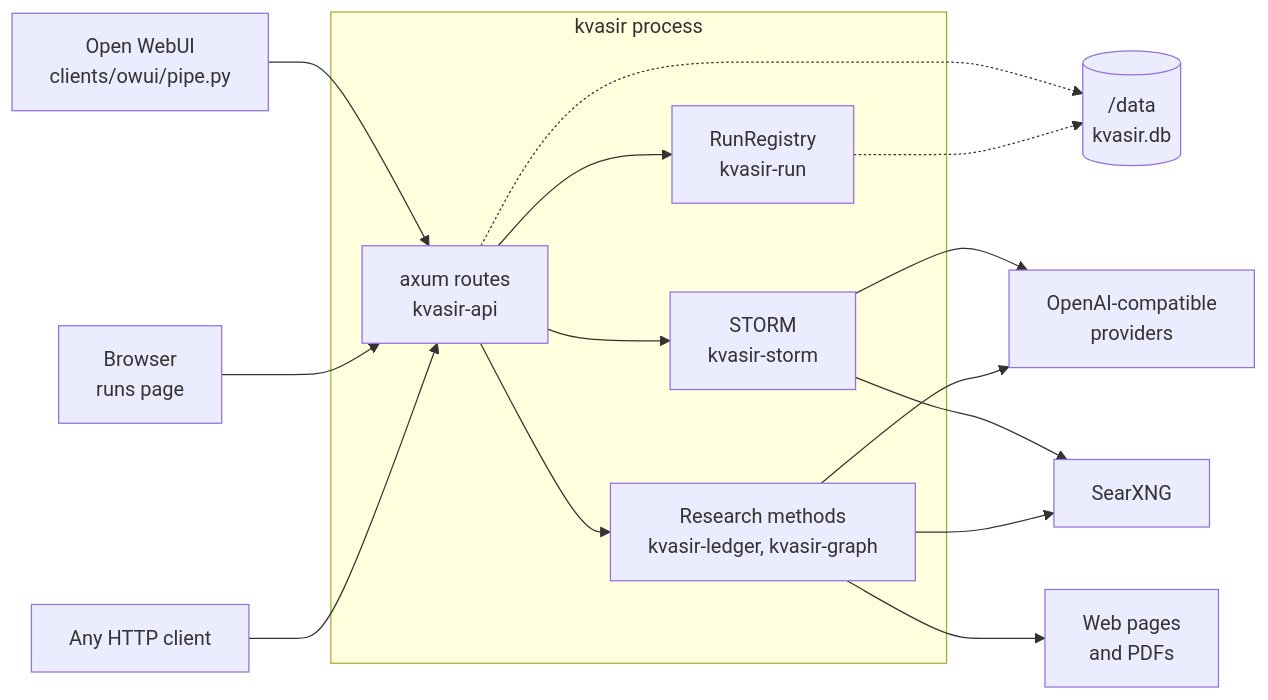
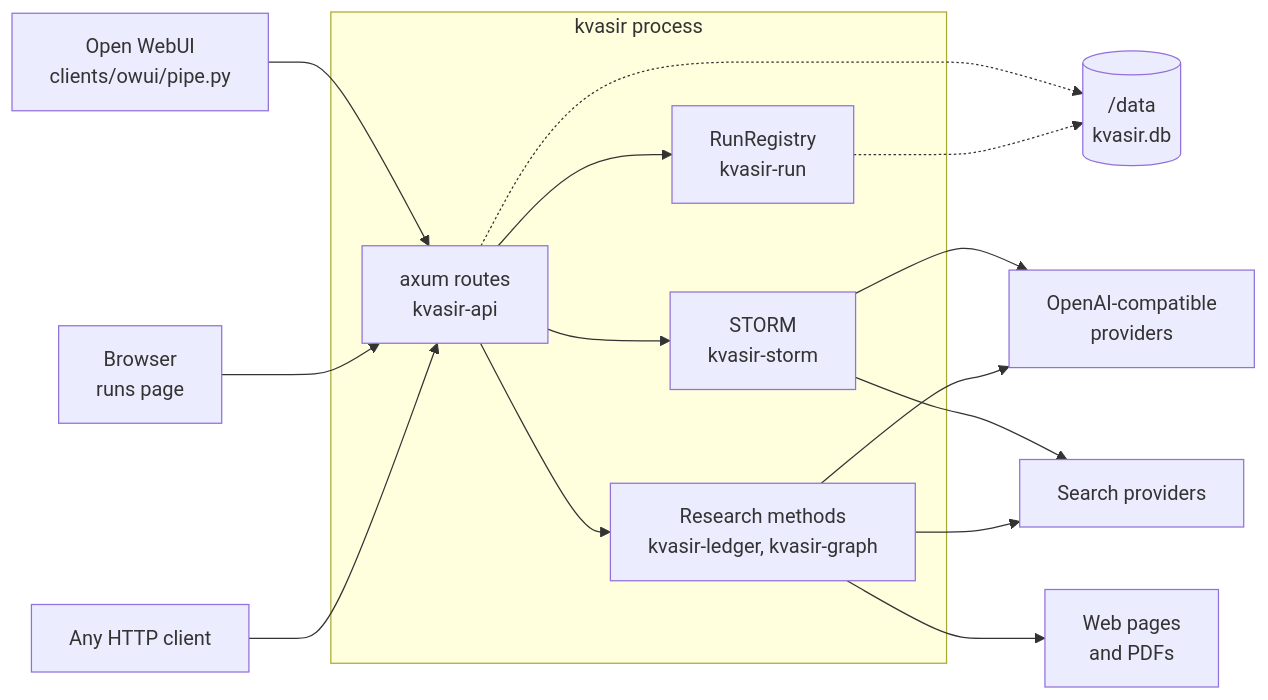
One commit to brewcoua/kvasir changed the first of 5 diagrams in docs/architecture.md. Above: the diagram before and after it, drawn with Mermaid. The commit also changed other lines of this file and 3 other files, not shown here.

Commit message:
docs(search): describe the search providers and clearing a block

````diff
--- a/docs/architecture.md
+++ b/docs/architecture.md
@@ -17,32 +17,32 @@
 ```mermaid
 flowchart LR
     owui["Open WebUI<br/>clients/owui/pipe.py"]
     browser["Browser<br/>runs page"]
     curl["Any HTTP client"]
 
     subgraph kvasir["kvasir process"]
         api["axum routes<br/>kvasir-api"]
         registry["RunRegistry<br/>kvasir-run"]
         storm["STORM<br/>kvasir-storm"]
         deep["Research methods<br/>kvasir-ledger, kvasir-graph"]
     end
 
     gateway["OpenAI-compatible<br/>providers"]
-    searxng["SearXNG"]
+    search["Search providers"]
     web["Web pages<br/>and PDFs"]
     data[("/data<br/>kvasir.db")]
 
     owui --> api
     browser --> api
     curl --> api
     api --> registry
     api --> storm
     api --> deep
     storm --> gateway
-    storm --> searxng
+    storm --> search
     deep --> gateway
-    deep --> searxng
+    deep --> search
     deep --> web
     api -.-> data
     registry -.-> data
 ```
````
